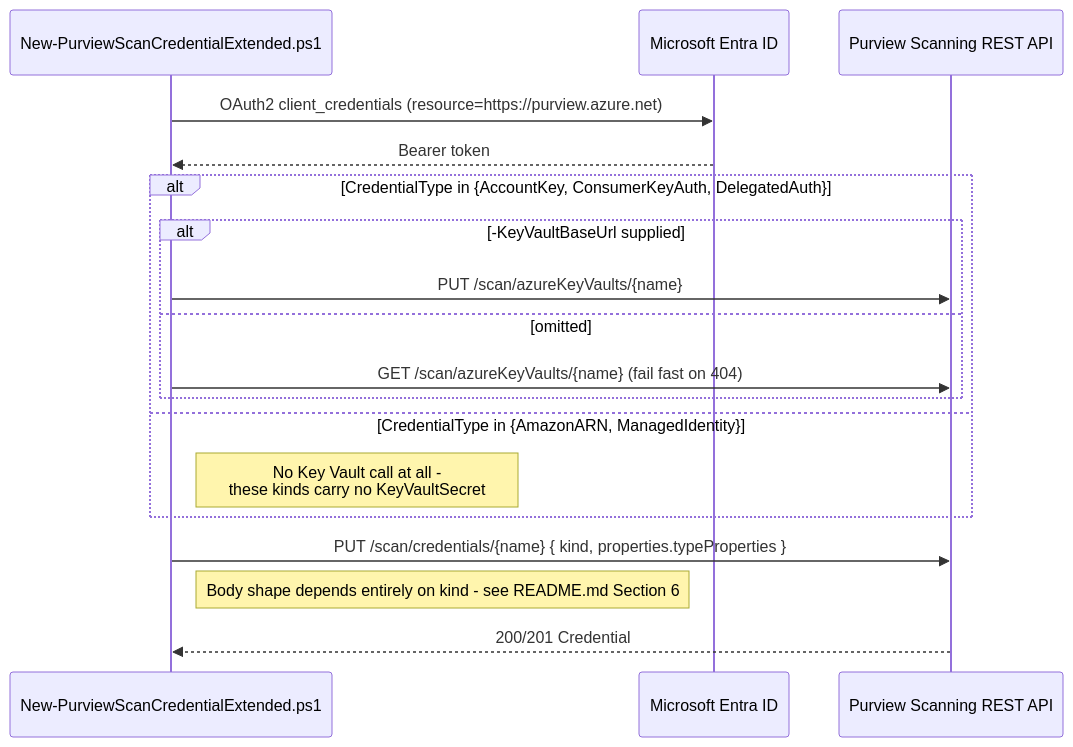
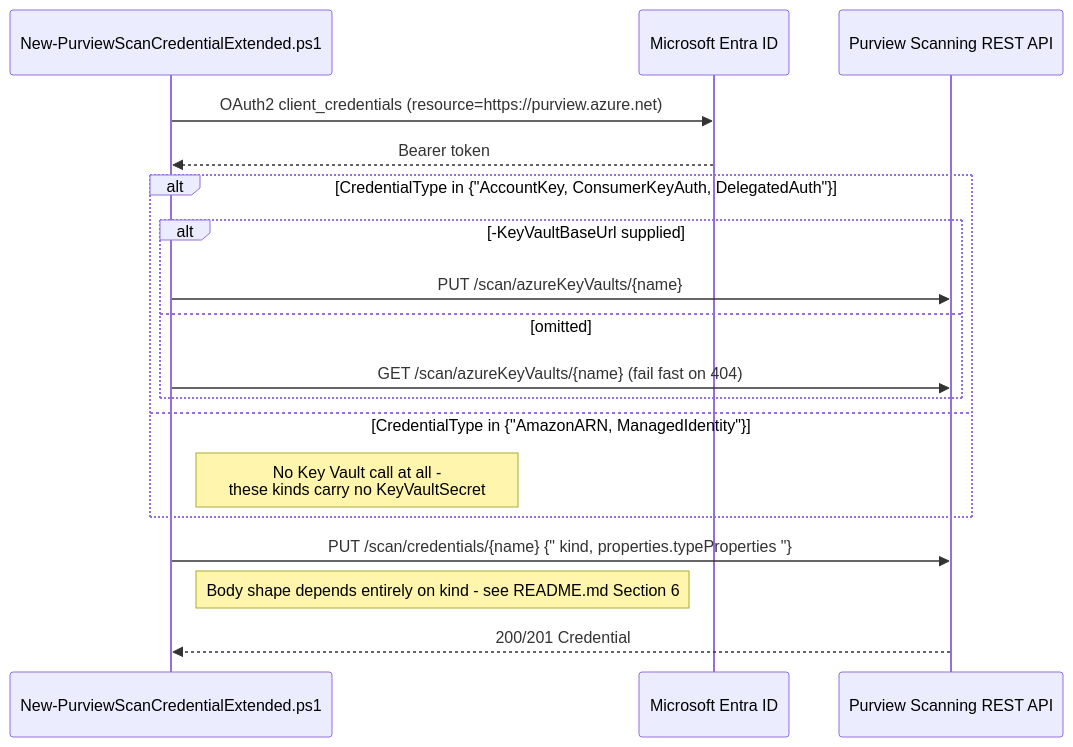
The diagram in src/content/scenarios/data-map/scan-credential-remaining-kinds.design.md (kpsec1/kpsec1.github.io), drawn with Mermaid before and after one commit. The commit also changed 80 other files, not shown here.

First line of the commit message:
Fix Mermaid diagram rendering across all scenarios

````diff
--- a/src/content/scenarios/data-map/scan-credential-remaining-kinds.design.md
+++ b/src/content/scenarios/data-map/scan-credential-remaining-kinds.design.md
@@ -85,23 +85,23 @@
 ```mermaid
 sequenceDiagram
     participant Script as New-PurviewScanCredentialExtended.ps1
     participant AAD as Microsoft Entra ID
     participant API as Purview Scanning REST API
 
     Script->>AAD: OAuth2 client_credentials (resource=https://purview.azure.net)
     AAD-->>Script: Bearer token
 
-    alt CredentialType in {AccountKey, ConsumerKeyAuth, DelegatedAuth}
+    alt CredentialType in {"AccountKey, ConsumerKeyAuth, DelegatedAuth"}
         alt -KeyVaultBaseUrl supplied
             Script->>API: PUT /scan/azureKeyVaults/{name}
         else omitted
             Script->>API: GET /scan/azureKeyVaults/{name} (fail fast on 404)
         end
-    else CredentialType in {AmazonARN, ManagedIdentity}
+    else CredentialType in {"AmazonARN, ManagedIdentity"}
         Note right of Script: No Key Vault call at all -<br/>these kinds carry no KeyVaultSecret
     end
 
-    Script->>API: PUT /scan/credentials/{name} { kind, properties.typeProperties }
+    Script->>API: PUT /scan/credentials/{name} {" kind, properties.typeProperties "}
     Note right of Script: Body shape depends entirely on kind - see README.md Section 6
     API-->>Script: 200/201 Credential
 ```
````
